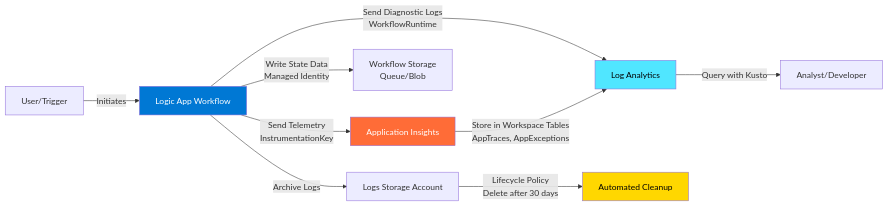
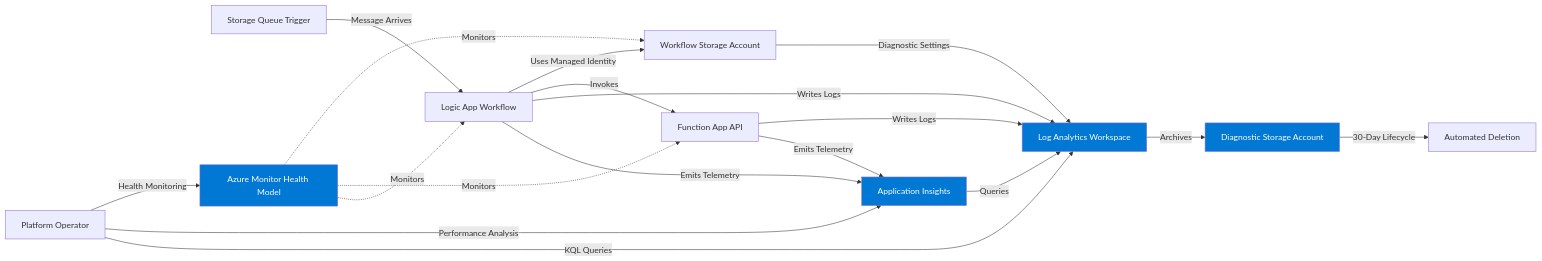
One commit to Evilazaro/Azure-LogicApps-Monitoring changed the second of 2 diagrams in README.md. Above: the diagram before and after it, drawn with Mermaid. The commit also changed other lines of this file, not shown here.

Commit message:
Implement feature X to enhance user experience and optimize performance

````diff
--- a/README.md
+++ b/README.md
@@ -186,19 +227,30 @@
 ```mermaid
 flowchart LR
-    USER[User/Trigger] -->|Initiates| LA[Logic App Workflow]
-    LA -->|Send Telemetry<br/>InstrumentationKey| AI[Application Insights]
-    LA -->|Send Diagnostic Logs<br/>WorkflowRuntime| LAW[Log Analytics]
-    LA -->|Write State Data<br/>Managed Identity| WF_SA[Workflow Storage<br/>Queue/Blob]
-    LA -->|Archive Logs| LOGS_SA[Logs Storage Account]
+    A[Storage Queue Trigger] -->|Message Arrives| B[Logic App Workflow]
+    B -->|Emits Telemetry| C[Application Insights]
+    B -->|Writes Logs| D[Log Analytics Workspace]
+    B -->|Invokes| E[Function App API]
+    E -->|Emits Telemetry| C
+    E -->|Writes Logs| D
     
-    AI -->|Store in Workspace Tables<br/>AppTraces, AppExceptions| LAW
+    B -->|Uses Managed Identity| F[Workflow Storage Account]
+    F -->|Diagnostic Settings| D
     
-    LAW -->|Query with Kusto| ANALYST[Analyst/Developer]
+    D -->|Archives| G[Diagnostic Storage Account]
+    G -->|30-Day Lifecycle| H[Automated Deletion]
     
-    LOGS_SA -->|Lifecycle Policy<br/>Delete after 30 days| CLEANUP[Automated Cleanup]
+    C -->|Queries| D
     
-    style LA fill:#0078D4,color:#fff
-    style AI fill:#FF6C37,color:#fff
-    style LAW fill:#50E6FF,color:#000
-    style CLEANUP fill:#FFD700,color:#000
+    I[Platform Operator] -->|KQL Queries| D
+    I -->|Performance Analysis| C
+    I -->|Health Monitoring| J[Azure Monitor Health Model]
+    
+    J -.->|Monitors| B
+    J -.->|Monitors| E
+    J -.->|Monitors| F
+
+    style C fill:#0078D4,color:#fff
+    style D fill:#0078D4,color:#fff
+    style G fill:#0078D4,color:#fff
+    style J fill:#0078D4,color:#fff
 ```
````
